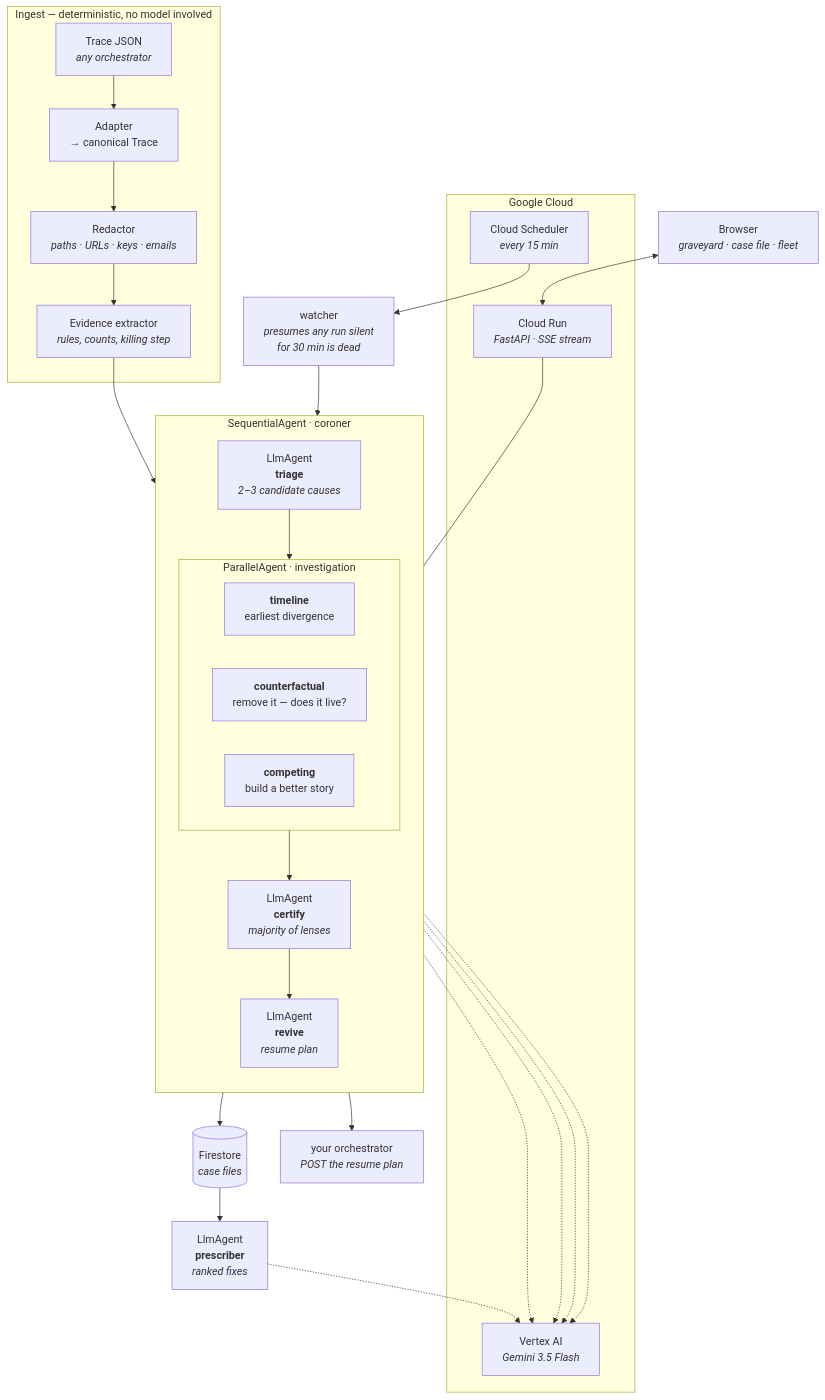
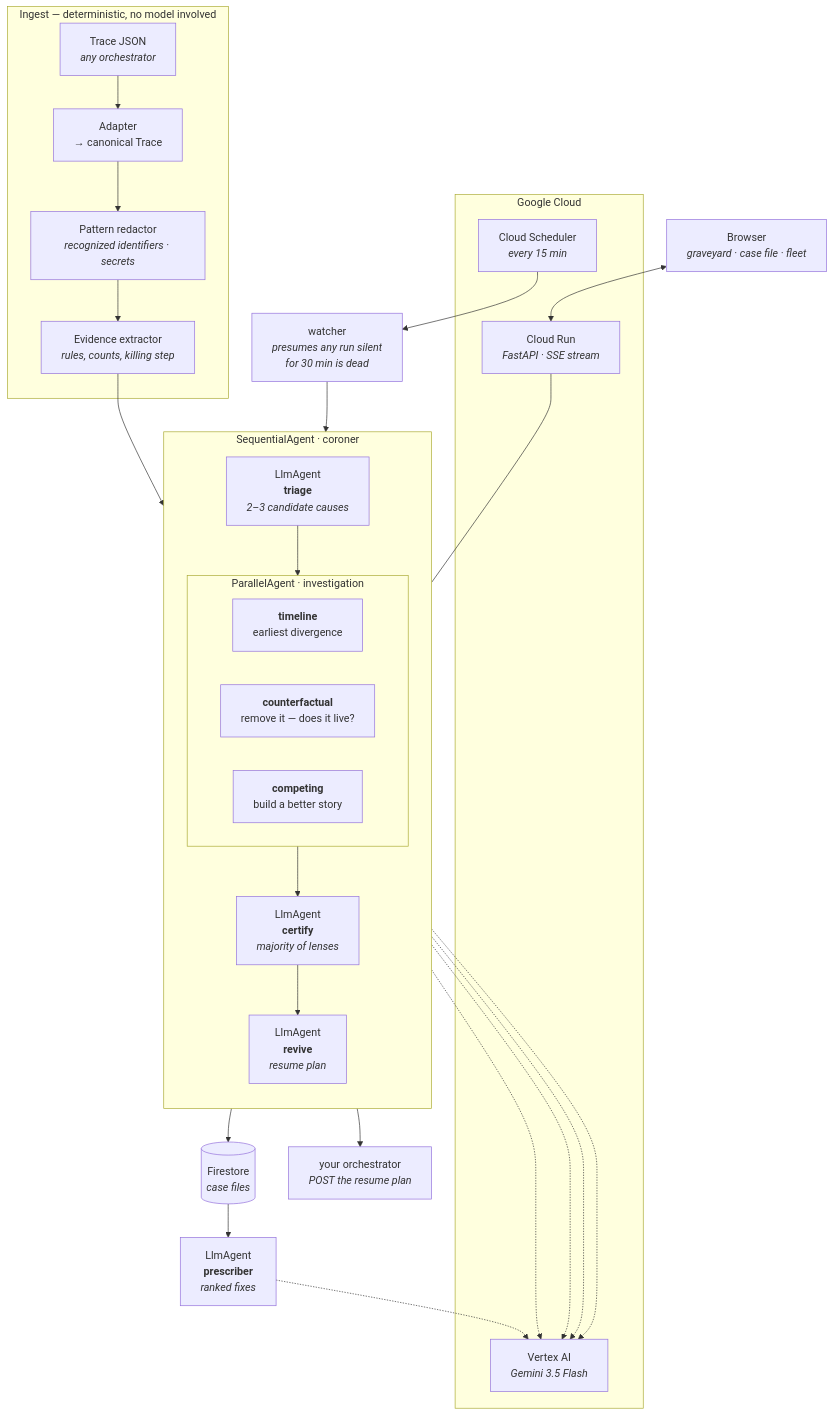
Before and after one commit to Avischai-G/avi-notes-assistant: the diagram in README.md, drawn with Mermaid. The commit also changed other lines of this file and 6 other files, not shown here.

````diff
--- a/README.md
+++ b/README.md
@@ -76,45 +93,45 @@
 ```mermaid
 flowchart TB
     subgraph ingest["Ingest — deterministic, no model involved"]
         T["Trace JSON<br/><i>any orchestrator</i>"] --> A["Adapter<br/>→ canonical Trace"]
-        A --> R["Redactor<br/><i>paths · URLs · keys · emails</i>"]
+        A --> R["Pattern redactor<br/><i>recognized identifiers · secrets</i>"]
         R --> E["Evidence extractor<br/><i>rules, counts, killing step</i>"]
     end
 
     subgraph coroner["SequentialAgent · coroner"]
         direction TB
         E --> TR["LlmAgent<br/><b>triage</b><br/><i>2–3 candidate causes</i>"]
         TR --> P
 
         subgraph P["ParallelAgent · investigation"]
             direction LR
             I1["<b>timeline</b><br/>earliest divergence"]
             I2["<b>counterfactual</b><br/>remove it — does it live?"]
             I3["<b>competing</b><br/>build a better story"]
         end
 
         P --> C["LlmAgent<br/><b>certify</b><br/><i>majority of lenses</i>"]
         C --> V["LlmAgent<br/><b>revive</b><br/><i>resume plan</i>"]
     end
 
     V --> ORC["your orchestrator<br/><i>POST the resume plan</i>"]
     V --> FS[("Firestore<br/><i>case files</i>")]
     FS --> FL["LlmAgent<br/><b>prescriber</b><br/><i>ranked fixes</i>"]
 
     subgraph gcp["Google Cloud"]
         CR["Cloud Run<br/><i>FastAPI · SSE stream</i>"]
         VX["Vertex AI<br/><i>Gemini 3.5 Flash</i>"]
         SCH["Cloud Scheduler<br/><i>every 15 min</i>"]
     end
 
     SCH --> W["watcher<br/><i>presumes any run silent<br/>for 30 min is dead</i>"]
     W --> TR
 
     TR -.-> VX
     P -.-> VX
     C -.-> VX
     V -.-> VX
     FL -.-> VX
     CR --- coroner
     UI["Browser<br/><i>graveyard · case file · fleet</i>"] <--> CR
 ```
````
